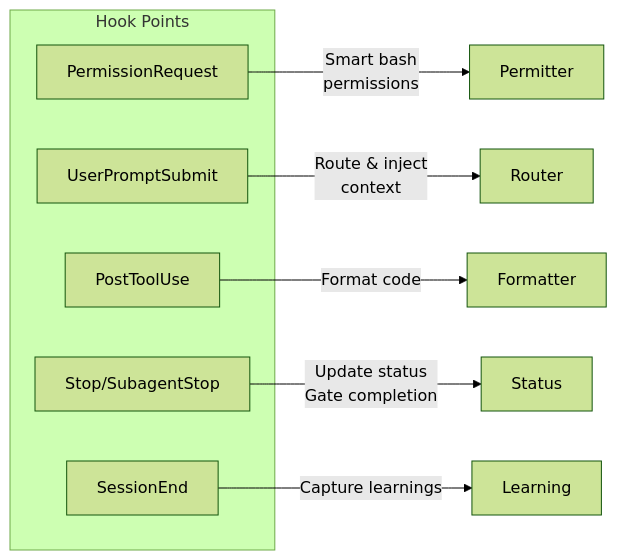
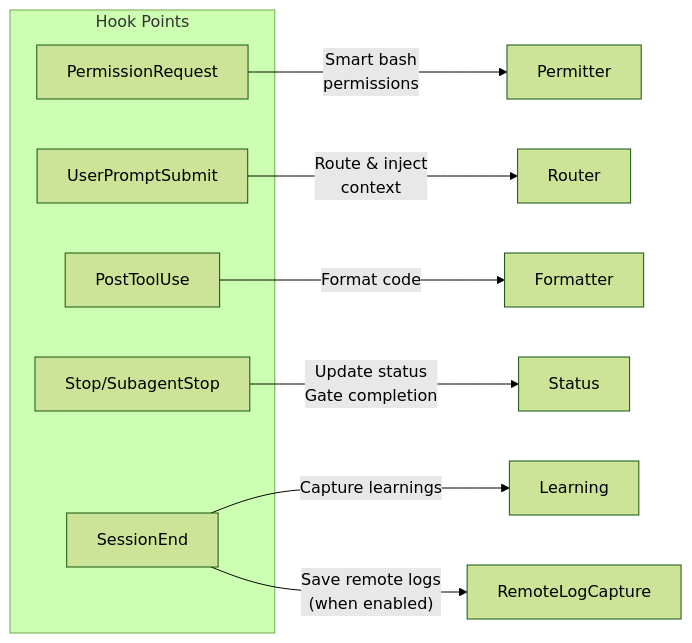
Before and after one commit to FortiumPartners/ensemble: the sixth of 6 diagrams in docs/PRD/ensemble-vnext.md, drawn with Mermaid (forest theme). The commit also changed other lines of this file and 2036 other files, not shown here.

````diff
--- a/docs/PRD/ensemble-vnext.md
+++ b/docs/PRD/ensemble-vnext.md
@@ -840,16 +852,17 @@
 ```mermaid
 flowchart LR
     subgraph Hooks["Hook Points"]
         Perm[PermissionRequest]
         UPS[UserPromptSubmit]
         Post[PostToolUse]
         Stop[Stop/SubagentStop]
         Session[SessionEnd]
     end
 
     Perm -->|"Smart bash<br/>permissions"| Permitter
     UPS -->|"Route & inject<br/>context"| Router
     Post -->|"Format code"| Formatter
     Stop -->|"Update status<br/>Gate completion"| Status
     Session -->|"Capture learnings"| Learning
+    Session -->|"Save remote logs<br/>(when enabled)"| RemoteLogCapture
 ```
````
